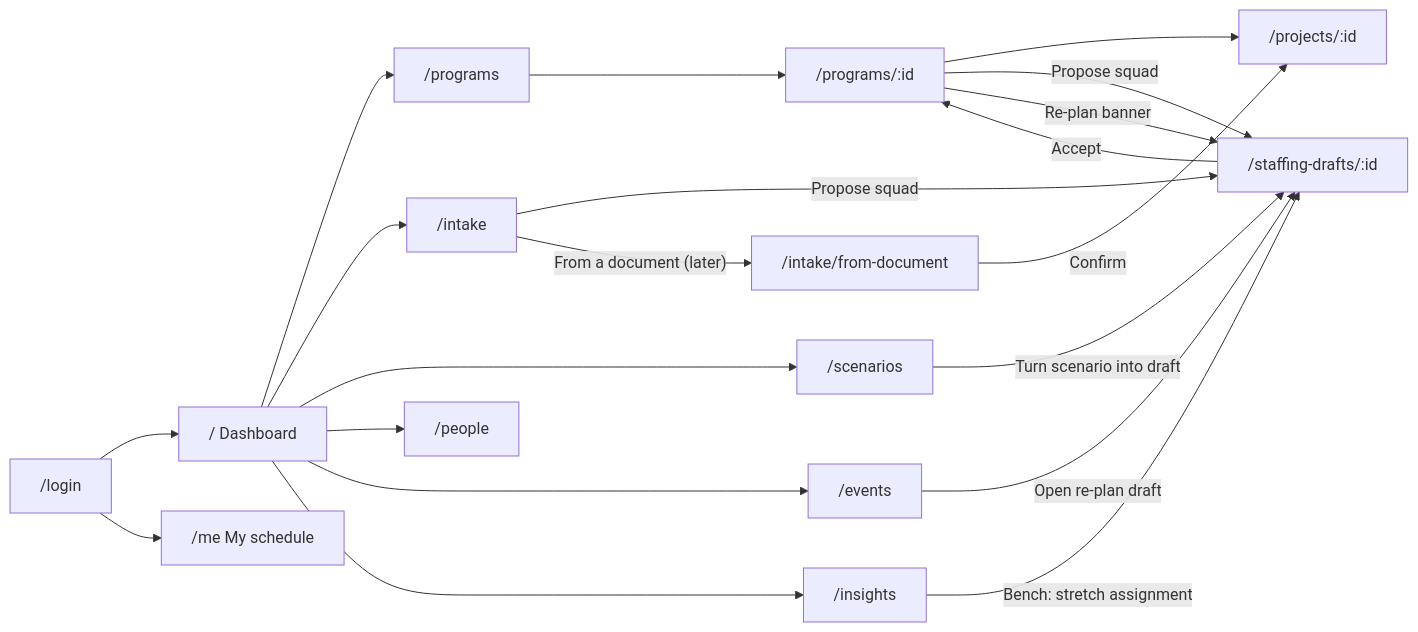
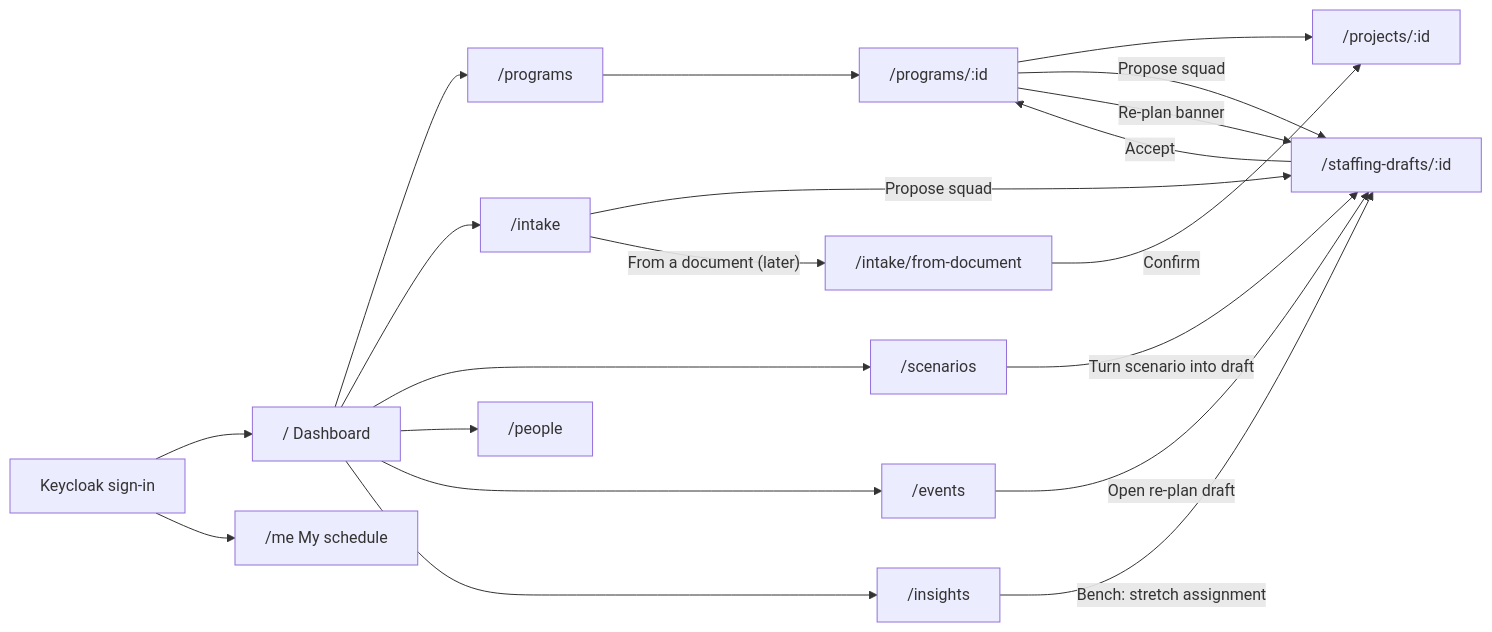
Before and after one commit to dophnamm/the-slot-finder: the first of 2 diagrams in client/README.md, drawn with Mermaid. The commit also changed other lines of this file and 4 other files, not shown here.

````diff
--- a/client/README.md
+++ b/client/README.md
@@ -40,22 +40,22 @@
 ```mermaid
 flowchart LR
-  login["/login"] --> dash["/ Dashboard"]
-  login --> me["/me My schedule"]
+  signin["Keycloak sign-in"] --> dash["/ Dashboard"]
+  signin --> me["/me My schedule"]
   dash --> programs["/programs"]
   programs --> program["/programs/:id"]
   program --> project["/projects/:id"]
   program -->|"Propose squad"| draft["/staffing-drafts/:id"]
   program -->|"Re-plan banner"| draft
   dash --> intake["/intake"]
   dash --> scenarios["/scenarios"]
   dash --> people["/people"]
   dash --> events["/events"]
   dash --> insights["/insights"]
   insights -->|"Bench: stretch assignment"| draft
   intake -->|"Propose squad"| draft
   intake -->|"From a document (later)"| extract["/intake/from-document"]
   extract -->|"Confirm"| project
   events -->|"Open re-plan draft"| draft
   scenarios -->|"Turn scenario into draft"| draft
   draft -->|"Accept"| program
 ```
````
